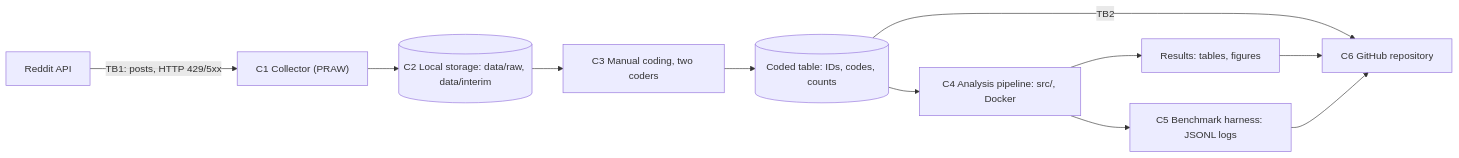
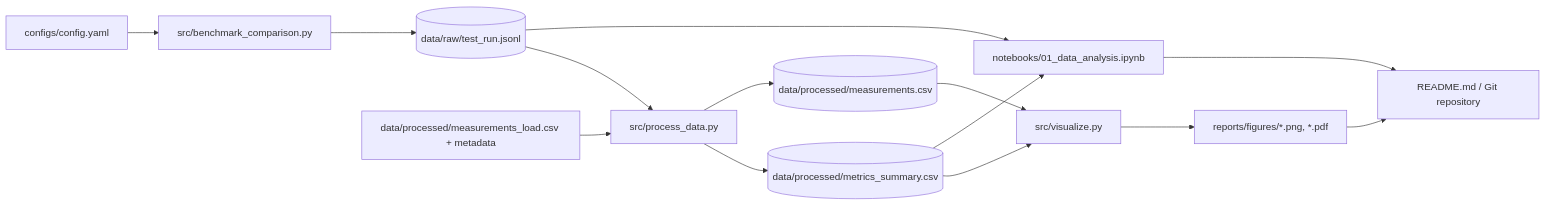
The diagram in docs/domain_model.md (adiletbolat-stack/Enviroment), drawn with Mermaid before and after one commit. The commit also changed other lines of this file and 23 other files, not shown here.

````diff
--- a/docs/domain_model.md
+++ b/docs/domain_model.md
@@ -18,13 +10,16 @@
 ```mermaid
 flowchart LR
-  R["Reddit API"] -->|"TB1: posts, HTTP 429/5xx"| C1["C1 Collector (PRAW)"]
-  C1 --> C2[("C2 Local storage: data/raw, data/interim")]
-  C2 --> C3["C3 Manual coding, two coders"]
-  C3 --> D3[("Coded table: IDs, codes, counts")]
-  D3 --> C4["C4 Analysis pipeline: src/, Docker"]
-  C4 --> C5["C5 Benchmark harness: JSONL logs"]
-  C4 --> RES["Results: tables, figures"]
-  D3 -->|"TB2"| GH["C6 GitHub repository"]
-  RES --> GH
-  C5 --> GH
+  CFG["configs/config.yaml"] --> BENCH["src/benchmark_comparison.py"]
+  BENCH --> LOG[("data/raw/test_run.jsonl")]
+  LOAD["data/processed/measurements_load.csv + metadata"] --> PROC["src/process_data.py"]
+  LOG --> PROC
+  PROC --> AGG[("data/processed/metrics_summary.csv")]
+  PROC --> ROWS[("data/processed/measurements.csv")]
+  AGG --> VIS["src/visualize.py"]
+  ROWS --> VIS
+  VIS --> FIG["reports/figures/*.png, *.pdf"]
+  LOG --> NB["notebooks/01_data_analysis.ipynb"]
+  AGG --> NB
+  FIG --> README["README.md / Git repository"]
+  NB --> README
 ```
````
